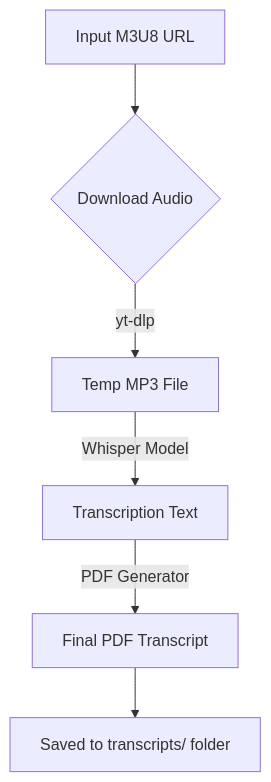
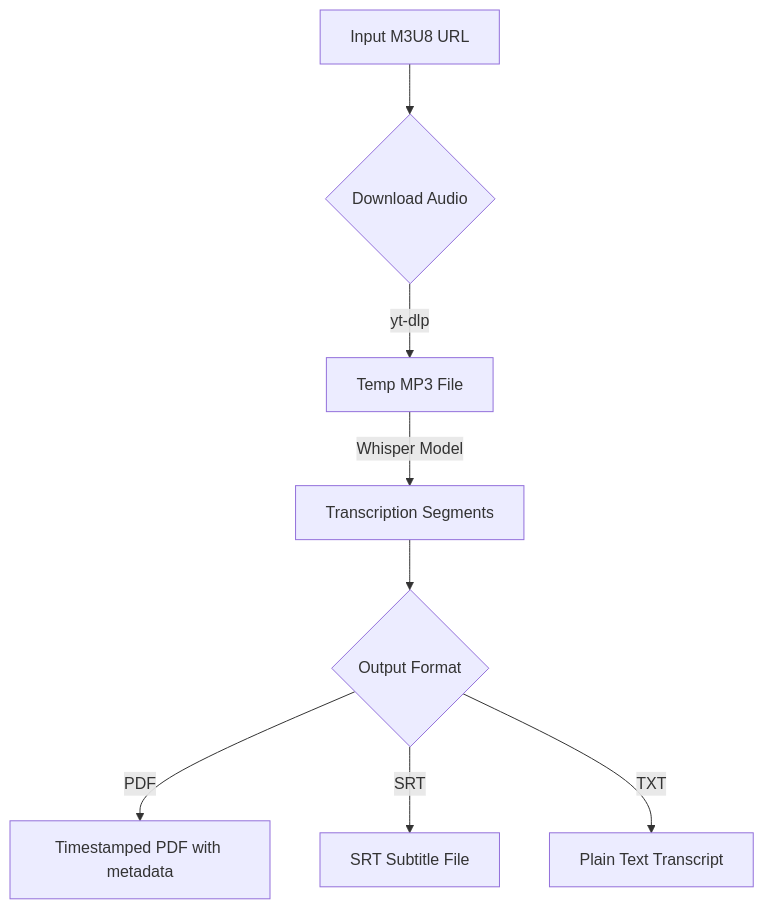
The diagram in README.md (guirguispierre/m3u8-transcript), drawn with Mermaid before and after one commit. The commit also changed other lines of this file and 8 other files, not shown here.

First line of the commit message:
v1.3: Multi-format output, language selection, progress bar, packaging

````diff
--- a/README.md
+++ b/README.md
@@ -21,8 +23,10 @@
 ```mermaid
 graph TD
     A[Input M3U8 URL] --> B{Download Audio}
     B -->|yt-dlp| C[Temp MP3 File]
-    C -->|Whisper Model| D[Transcription Text]
-    D -->|PDF Generator| E[Final PDF Transcript]
-    E --> F[Saved to transcripts/ folder]
+    C -->|Whisper Model| D[Transcription Segments]
+    D --> E{Output Format}
+    E -->|PDF| F[Timestamped PDF with metadata]
+    E -->|SRT| G[SRT Subtitle File]
+    E -->|TXT| H[Plain Text Transcript]
 ```
````
